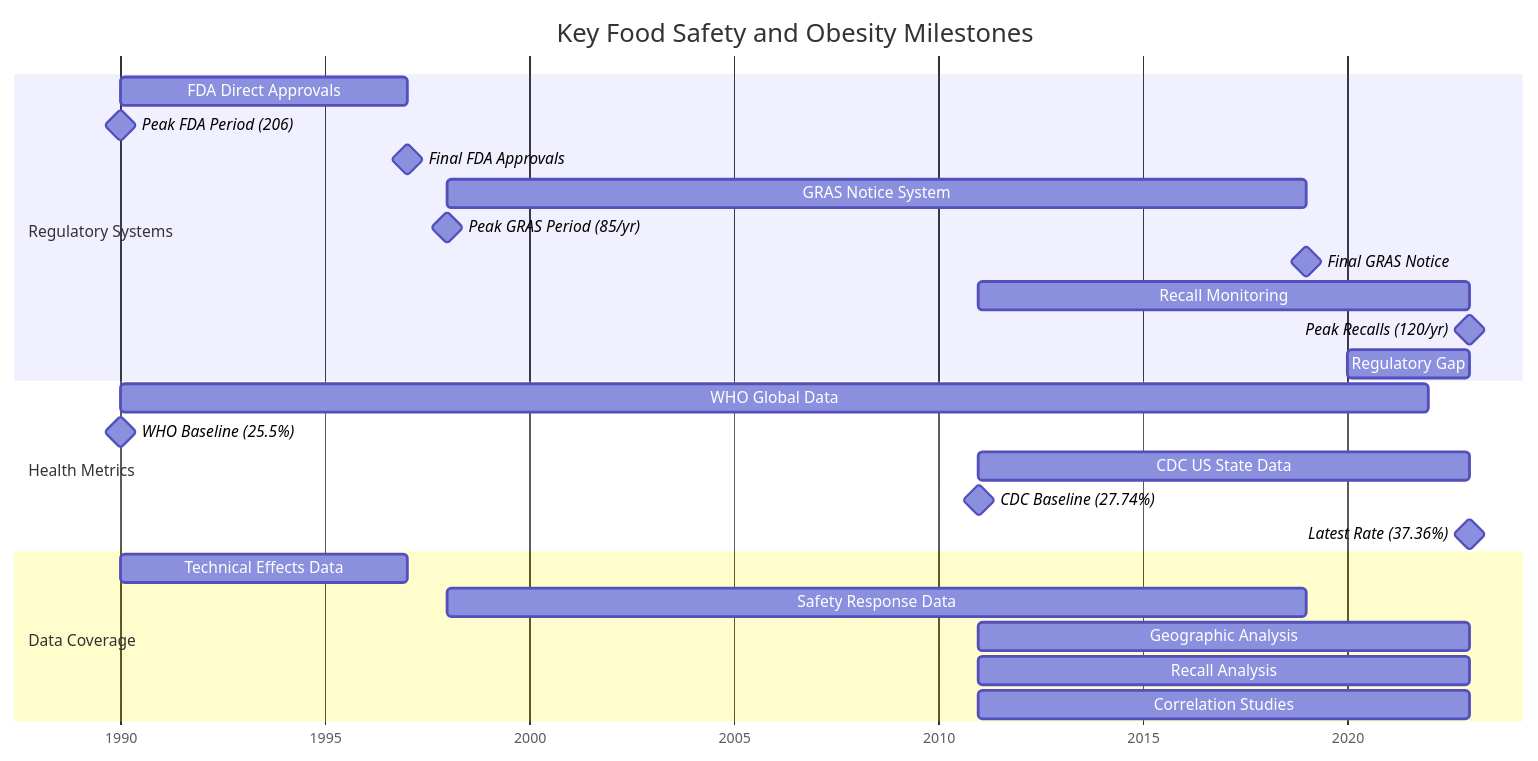
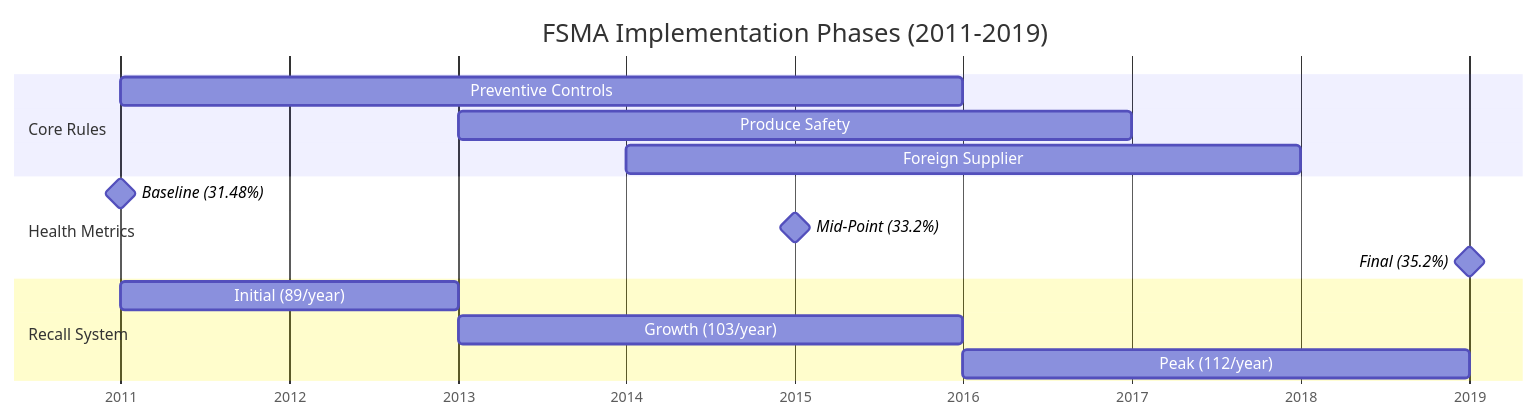
One commit to gsinghjay/data-dashboard changed the first of 22 diagrams in README.md. Above: the diagram before and after it, drawn with Mermaid. The commit also changed other lines of this file, not shown here.

First line of the commit message:
feat: add detailed statistical analysis, 15+ new visualizations, data sources, and methodology

````diff
--- a/README.md
+++ b/README.md
@@ -22,31 +13,21 @@
 ```mermaid
 gantt
-    title Key Food Safety and Obesity Milestones
+    title FSMA Implementation Phases (2011-2019)
     dateFormat YYYY
     axisFormat %Y
     
-    section Regulatory Systems
-    FDA Direct Approvals     :1990, 1997
-    Peak FDA Period (206)    :milestone, 1990, 1d
-    Final FDA Approvals      :milestone, 1997, 1d
-    GRAS Notice System      :1998, 2019
-    Peak GRAS Period (85/yr) :milestone, 1998, 1d
-    Final GRAS Notice       :milestone, 2019, 1d
-    Recall Monitoring       :2011, 2023
-    Peak Recalls (120/yr)   :milestone, 2023, 1d
-    Regulatory Gap          :2020, 2023
+    section Core Rules
+    Preventive Controls    :2011, 2016
+    Produce Safety        :2013, 2017
+    Foreign Supplier      :2014, 2018
     
     section Health Metrics
-    WHO Global Data         :1990, 2022
-    WHO Baseline (25.5%)    :milestone, 1990, 1d
-    CDC US State Data       :2011, 2023
-    CDC Baseline (27.74%)   :milestone, 2011, 1d
-    Latest Rate (37.36%)    :milestone, 2023, 1d
+    Baseline (31.48%)     :milestone, 2011, 1d
+    Mid-Point (33.2%)     :milestone, 2015, 1d
+    Final (35.2%)         :milestone, 2019, 1d
     
-    section Data Coverage
-    Technical Effects Data  :1990, 1997
-    Safety Response Data    :1998, 2019
-    Geographic Analysis     :2011, 2023
-    Recall Analysis        :2011, 2023
-    Correlation Studies     :2011, 2023
+    section Recall System
+    Initial (89/year)     :2011, 2013
+    Growth (103/year)     :2013, 2016
+    Peak (112/year)       :2016, 2019
 ```
````
